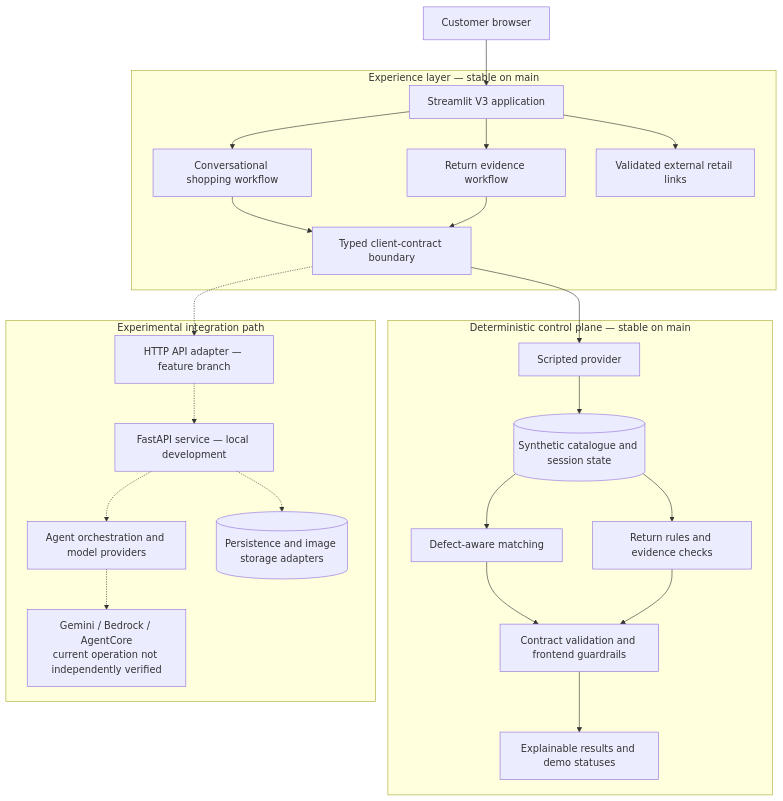
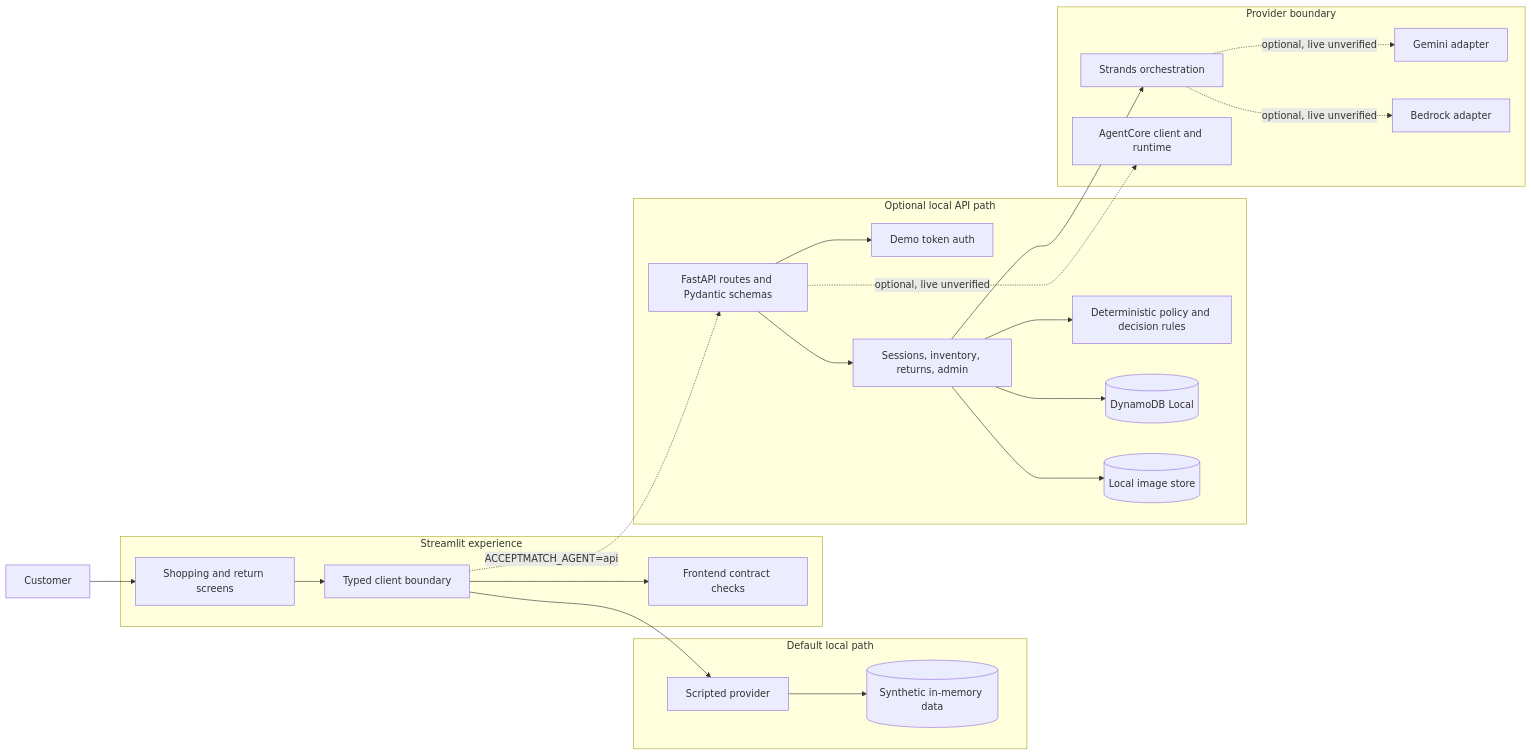
The diagram in README.md (darrickren/accept_match), drawn with Mermaid before and after one commit. The commit also changed other lines of this file and 89 other files, not shown here.

First line of the commit message:
Add sanitized FastAPI backend and agent infrastructure (#4)

````diff
--- a/README.md
+++ b/README.md
@@ -33,49 +33,45 @@
 ```mermaid
-flowchart TD
-    U[Customer browser]
+flowchart LR
+    USER[Customer]
 
-    subgraph UX[Experience layer — stable on main]
-        UI[Streamlit V3 application]
-        SHOP[Conversational shopping workflow]
-        RET[Return evidence workflow]
-        EXT[Validated external retail links]
-        CONTRACT[Typed client-contract boundary]
+    subgraph UI[Streamlit experience]
+        ROUTES[Shopping and return screens]
+        CLIENT[Typed client boundary]
+        UIGUARD[Frontend contract checks]
     end
 
-    subgraph CONTROL[Deterministic control plane — stable on main]
+    subgraph LOCAL[Default local path]
         MOCK[Scripted provider]
-        STATE[(Synthetic catalogue and session state)]
-        MATCH[Defect-aware matching]
-        RETURN_RULES[Return rules and evidence checks]
-        GUARD[Contract validation and frontend guardrails]
-        OUTPUT[Explainable results and demo statuses]
+        MOCKDATA[(Synthetic in-memory data)]
     end
 
-    subgraph EXP[Experimental integration path]
-        HTTP[HTTP API adapter — feature branch]
-        API[FastAPI service — local development]
-        AGENT[Agent orchestration and model providers]
-        CLOUD[Gemini / Bedrock / AgentCore<br/>current operation not independently verified]
-        STORE[(Persistence and image storage adapters)]
+    subgraph API[Optional local API path]
+        FASTAPI[FastAPI routes and Pydantic schemas]
+        AUTH[Demo token auth]
+        SERVICES[Sessions, inventory, returns, admin]
+        RULES[Deterministic policy and decision rules]
+        DDB[(DynamoDB Local)]
+        FILES[(Local image store)]
     end
 
-    U --> UI
-    UI --> SHOP
-    UI --> RET
-    UI --> EXT
-    SHOP --> CONTRACT
-    RET --> CONTRACT
-    CONTRACT --> MOCK
-    MOCK --> STATE
-    STATE --> MATCH
-    STATE --> RETURN_RULES
-    MATCH --> GUARD
-    RETURN_RULES --> GUARD
-    GUARD --> OUTPUT
+    subgraph AGENTS[Provider boundary]
+        ORCH[Strands orchestration]
+        GEMINI[Gemini adapter]
+        BEDROCK[Bedrock adapter]
+        AGENTCORE[AgentCore client and runtime]
+    end
 
-    CONTRACT -.-> HTTP
-    HTTP -.-> API
-    API -.-> AGENT
-    API -.-> STORE
-    AGENT -.-> CLOUD
+    USER --> ROUTES --> CLIENT
+    CLIENT --> MOCK --> MOCKDATA
+    CLIENT -. ACCEPTMATCH_AGENT=api .-> FASTAPI
+    FASTAPI --> AUTH
+    FASTAPI --> SERVICES
+    SERVICES --> RULES
+    SERVICES --> DDB
+    SERVICES --> FILES
+    SERVICES --> ORCH
+    ORCH -. optional, live unverified .-> GEMINI
+    ORCH -. optional, live unverified .-> BEDROCK
+    FASTAPI -. optional, live unverified .-> AGENTCORE
+    CLIENT --> UIGUARD
 ```
````
